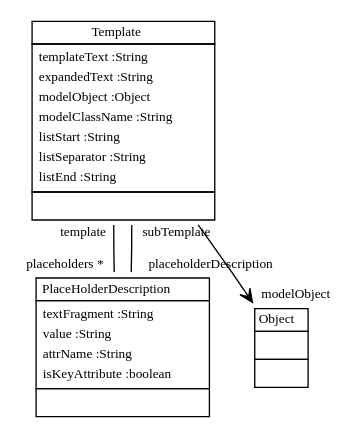
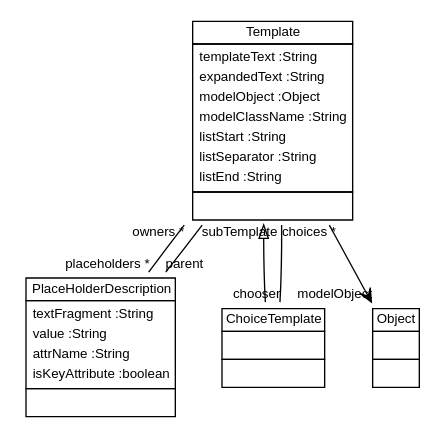
One commit to fujaba/SDMLib changed the diagram in doc/modelToTextToModelClassModelClassDiagram1.dot. Above: the diagram before and after it, drawn with Graphviz. The commit also changed 35 other files, not shown here.

```diff
--- a/doc/modelToTextToModelClassModelClassDiagram1.dot
+++ b/doc/modelToTextToModelClassModelClassDiagram1.dot
@@ -1,16 +1,19 @@
 
  digraph ClassDiagram {
-    node [shape = none, fontsize = 10]; 
-    edge [fontsize = 10];
+    node [shape = none, fontsize = 10, fontname = "Arial"]; 
+    edge [fontsize = 10, fontname = "Arial"];
     
     
     _Template [label=<<table border='0' cellborder='1' cellspacing='0'> <tr> <td HREF="../test/org/sdmlib/models/transformations/Template.java">Template</td> </tr> <tr><td><table border='0' cellborder='0' cellspacing='0'> <tr><td align='left'>templateText :String</td></tr> <tr><td align='left'>expandedText :String</td></tr> <tr><td align='left'>modelObject :Object</td></tr> <tr><td align='left'>modelClassName :String</td></tr> <tr><td align='left'>listStart :String</td></tr> <tr><td align='left'>listSeparator :String</td></tr> <tr><td align='left'>listEnd :String</td></tr>  </table></td></tr> <tr><td><table border='0' cellborder='0' cellspacing='0'> <tr><td> </td></tr> </table></td></tr> </table>>];
     _PlaceHolderDescription [label=<<table border='0' cellborder='1' cellspacing='0'> <tr> <td HREF="../test/org/sdmlib/models/transformations/PlaceHolderDescription.java">PlaceHolderDescription</td> </tr> <tr><td><table border='0' cellborder='0' cellspacing='0'> <tr><td align='left'>textFragment :String</td></tr> <tr><td align='left'>value :String</td></tr> <tr><td align='left'>attrName :String</td></tr> <tr><td align='left'>isKeyAttribute :boolean</td></tr>  </table></td></tr> <tr><td><table border='0' cellborder='0' cellspacing='0'> <tr><td> </td></tr> </table></td></tr> </table>>];
+    _ChoiceTemplate [label=<<table border='0' cellborder='1' cellspacing='0'> <tr> <td HREF="../test/org/sdmlib/models/transformations/ChoiceTemplate.java">ChoiceTemplate</td> </tr> <tr><td><table border='0' cellborder='0' cellspacing='0'> <tr><td> </td></tr> </table></td></tr> <tr><td><table border='0' cellborder='0' cellspacing='0'> <tr><td> </td></tr> </table></td></tr> </table>>];
     _Object [label=<<table border='0' cellborder='1' cellspacing='0'> <tr> <td HREF="../test/java/lang/Object.java">Object</td> </tr> <tr><td><table border='0' cellborder='0' cellspacing='0'> <tr><td> </td></tr> </table></td></tr> <tr><td><table border='0' cellborder='0' cellspacing='0'> <tr><td> </td></tr> </table></td></tr> </table>>];
     
     
     
-    _Template -> _PlaceHolderDescription [headlabel = "placeholders *" taillabel = "template" arrowhead = "none" ];
-    _PlaceHolderDescription -> _Template [headlabel = "subTemplate" taillabel = "placeholderDescription" arrowhead = "none" ];
+    _Template ->  _ChoiceTemplate [dir = "back" arrowtail = "empty"];
+    _Template -> _PlaceHolderDescription [headlabel = "placeholders *" taillabel = "owners *" arrowhead = "none" ];
+    _ChoiceTemplate -> _Template [headlabel = "choices *" taillabel = "chooser" arrowhead = "none" ];
+    _PlaceHolderDescription -> _Template [headlabel = "subTemplate" taillabel = "parent" arrowhead = "none" ];
     _Template -> _Object [headlabel = "modelObject" taillabel = "" arrowhead = "vee" ];
 }
```
